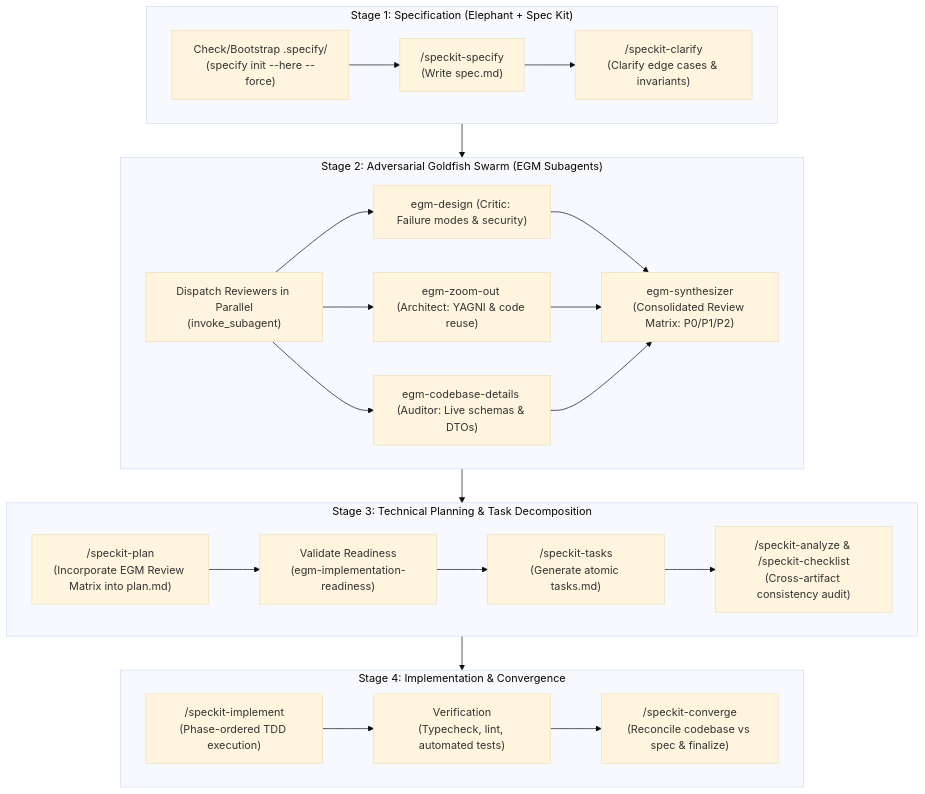
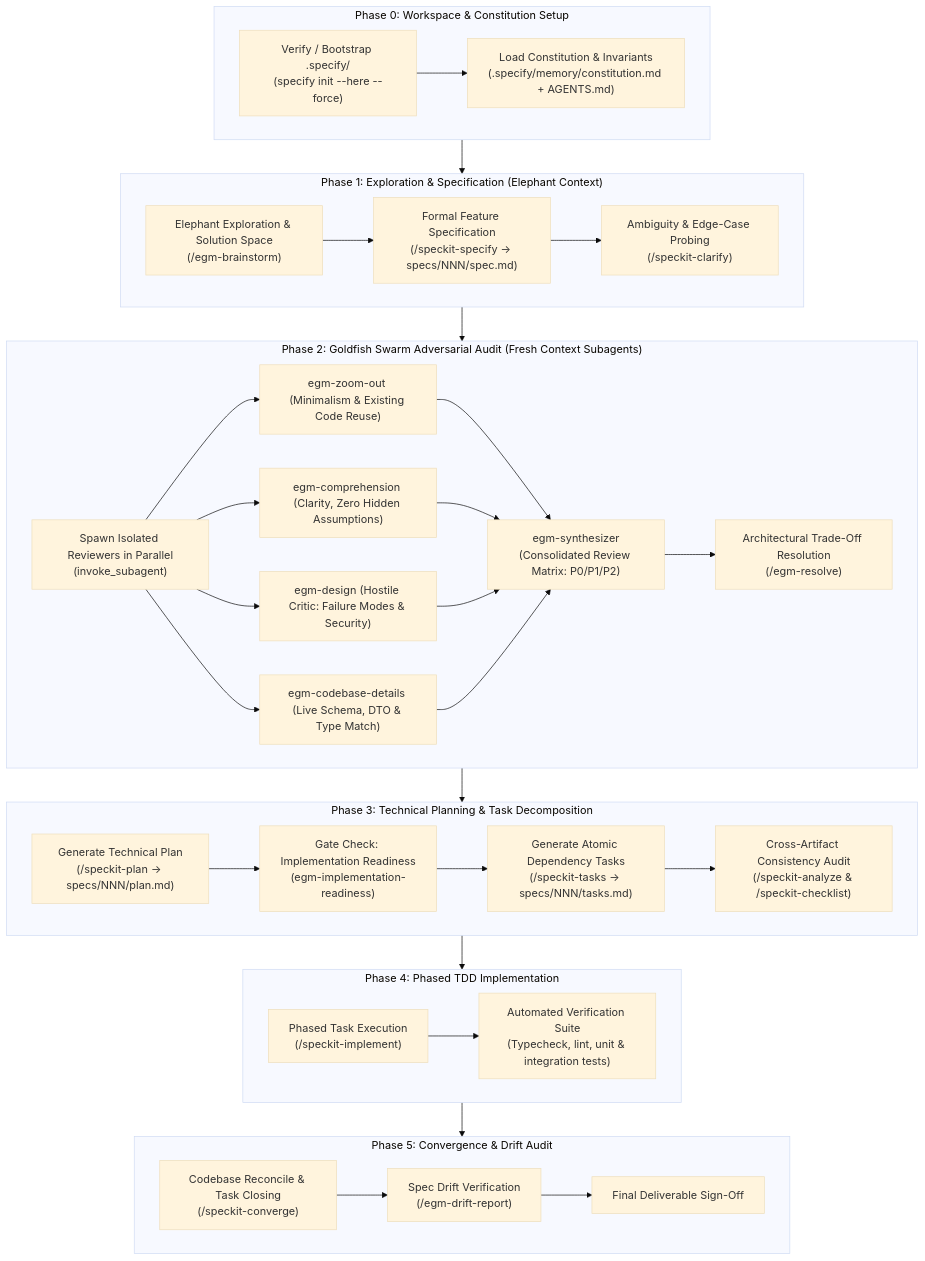
One commit to Royal2005-coder/oh-my-anti changed the diagram in skills/egm-speckit/SKILL.md. Above: the diagram before and after it, drawn with Mermaid (base theme). The commit also changed other lines of this file and 1 other file, not shown here.

Commit message:
feat(orchestrator): upgrade egm-speckit to v2.0 full-cycle 5-phase master pipeline

````diff
--- a/skills/egm-speckit/SKILL.md
+++ b/skills/egm-speckit/SKILL.md
@@ -16,28 +22,38 @@
 ```mermaid
 flowchart TD
-    subgraph S1["Stage 1: Specification (Elephant + Spec Kit)"]
-        A1["Check/Bootstrap .specify/<br/>(specify init --here --force)"] --> A2["/speckit-specify<br/>(Write spec.md)"]
-        A2 --> A3["/speckit-clarify<br/>(Clarify edge cases & invariants)"]
+    subgraph P0["Phase 0: Workspace & Constitution Setup"]
+        A0["Verify / Bootstrap .specify/<br/>(specify init --here --force)"] --> A1["Load Constitution & Invariants<br/>(.specify/memory/constitution.md + AGENTS.md)"]
     end
 
-    subgraph S2["Stage 2: Adversarial Goldfish Swarm (EGM Subagents)"]
-        B1["Dispatch Reviewers in Parallel<br/>(invoke_subagent)"]
-        B1 --> B2["egm-design (Critic: Failure modes & security)"]
-        B1 --> B3["egm-zoom-out (Architect: YAGNI & code reuse)"]
-        B1 --> B4["egm-codebase-details (Auditor: Live schemas & DTOs)"]
-        B2 & B3 & B4 --> B5["egm-synthesizer<br/>(Consolidated Review Matrix: P0/P1/P2)"]
+    subgraph P1["Phase 1: Exploration & Specification (Elephant Context)"]
+        B1["Elephant Exploration & Solution Space<br/>(/egm-brainstorm)"] --> B2["Formal Feature Specification<br/>(/speckit-specify -> specs/NNN/spec.md)"]
+        B2 --> B3["Ambiguity & Edge-Case Probing<br/>(/speckit-clarify)"]
     end
 
-    subgraph S3["Stage 3: Technical Planning & Task Decomposition"]
-        C1["/speckit-plan<br/>(Incorporate EGM Review Matrix into plan.md)"] --> C2["Validate Readiness<br/>(egm-implementation-readiness)"]
-        C2 --> C3["/speckit-tasks<br/>(Generate atomic tasks.md)"]
-        C3 --> C4["/speckit-analyze & /speckit-checklist<br/>(Cross-artifact consistency audit)"]
+    subgraph P2["Phase 2: Goldfish Swarm Adversarial Audit (Fresh Context Subagents)"]
+        C0["Spawn Isolated Reviewers in Parallel<br/>(invoke_subagent)"]
+        C0 --> C1["egm-zoom-out (Minimalism & Existing Code Reuse)"]
+        C0 --> C2["egm-comprehension (Clarity, Zero Hidden Assumptions)"]
+        C0 --> C3["egm-design (Hostile Critic: Failure Modes & Security)"]
+        C0 --> C4["egm-codebase-details (Live Schema, DTO & Type Match)"]
+        C1 & C2 & C3 & C4 --> C5["egm-synthesizer<br/>(Consolidated Review Matrix: P0/P1/P2)"]
+        C5 --> C6["Architectural Trade-Off Resolution<br/>(/egm-resolve)"]
     end
 
-    subgraph S4["Stage 4: Implementation & Convergence"]
-        D1["/speckit-implement<br/>(Phase-ordered TDD execution)"] --> D2["Verification<br/>(Typecheck, lint, automated tests)"]
-        D2 --> D3["/speckit-converge<br/>(Reconcile codebase vs spec & finalize)"]
+    subgraph P3["Phase 3: Technical Planning & Task Decomposition"]
+        D1["Generate Technical Plan<br/>(/speckit-plan -> specs/NNN/plan.md)"] --> D2["Gate Check: Implementation Readiness<br/>(egm-implementation-readiness)"]
+        D2 --> D3["Generate Atomic Dependency Tasks<br/>(/speckit-tasks -> specs/NNN/tasks.md)"]
+        D3 --> D4["Cross-Artifact Consistency Audit<br/>(/speckit-analyze & /speckit-checklist)"]
     end
 
-    S1 --> S2 --> S3 --> S4
+    subgraph P4["Phase 4: Phased TDD Implementation"]
+        E1["Phased Task Execution<br/>(/speckit-implement)"] --> E2["Automated Verification Suite<br/>(Typecheck, lint, unit & integration tests)"]
+    end
+
+    subgraph P5["Phase 5: Convergence & Drift Audit"]
+        F1["Codebase Reconcile & Task Closing<br/>(/speckit-converge)"] --> F2["Spec Drift Verification<br/>(/egm-drift-report)"]
+        F2 --> F3["Final Deliverable Sign-Off"]
+    end
+
+    P0 --> P1 --> P2 --> P3 --> P4 --> P5
 ```
````
